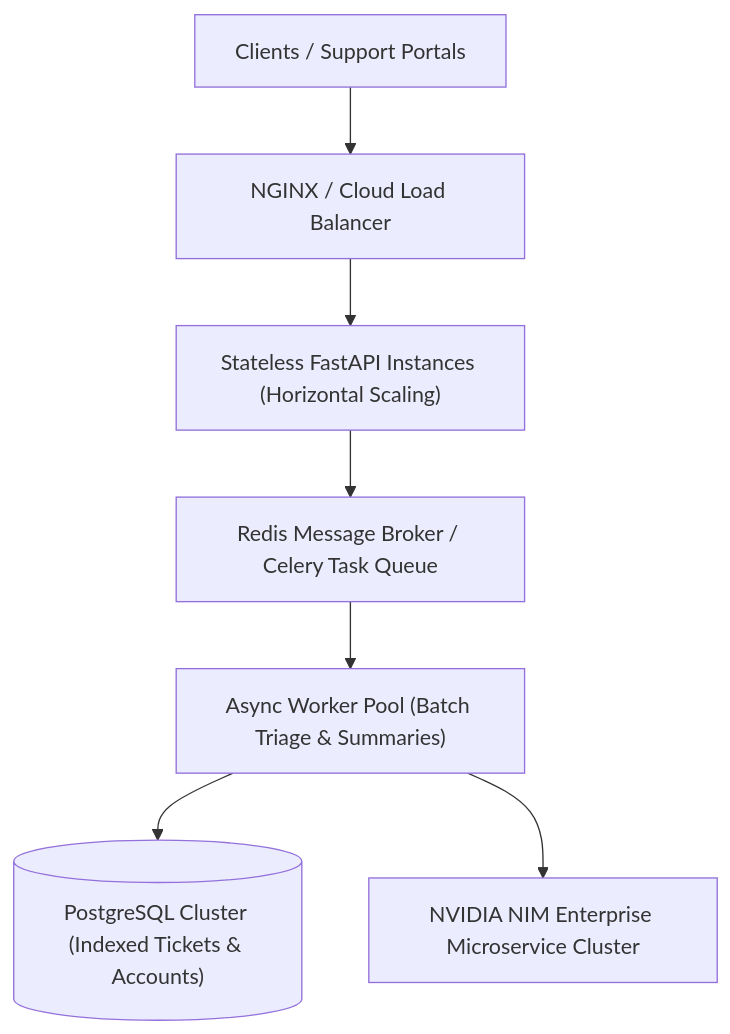
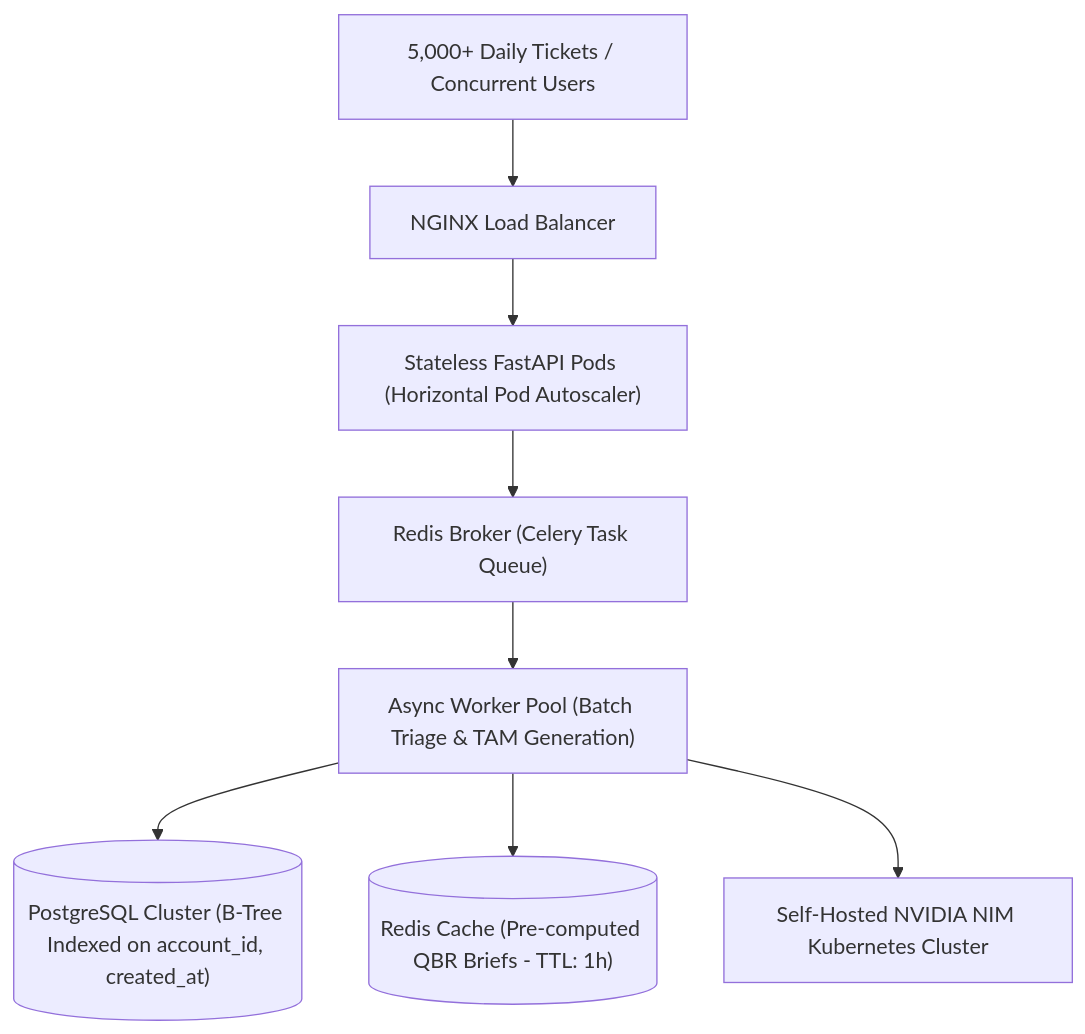
One commit to suyash1574/suyash-zycus-assignment changed the third of 3 diagrams in docs/design_note.md. Above: the diagram before and after it, drawn with Mermaid. The commit also changed other lines of this file and 1 other file, not shown here.

Commit message:
docs: finalize Task 4 Design Note (~650 words) in docs/design_note.md and README.md

````diff
--- a/docs/design_note.md
+++ b/docs/design_note.md
@@ -50,9 +77,10 @@
 ```mermaid
 graph TD
-    Client["Clients / Support Portals"] --> LB["NGINX / Cloud Load Balancer"]
-    LB --> APINodes["Stateless FastAPI Instances (Horizontal Scaling)"]
-    APINodes --> RedisQueue["Redis Message Broker / Celery Task Queue"]
-    RedisQueue --> Workers["Async Worker Pool (Batch Triage & Summaries)"]
-    Workers --> DB[("PostgreSQL Cluster (Indexed Tickets & Accounts)")]
-    Workers --> NIMPool["NVIDIA NIM Enterprise Microservice Cluster"]
+    Client["5,000+ Daily Tickets / Concurrent Users"] --> LB["NGINX Load Balancer"]
+    LB --> Web["Stateless FastAPI Pods (Horizontal Pod Autoscaler)"]
+    Web --> RedisQueue["Redis Broker (Celery Task Queue)"]
+    RedisQueue --> Workers["Async Worker Pool (Batch Triage & TAM Generation)"]
+    Workers --> DB[("PostgreSQL Cluster (B-Tree Indexed on account_id, created_at)")]
+    Workers --> Cache[("Redis Cache (Pre-computed QBR Briefs - TTL: 1h)")]
+    Workers --> NIMPool["Self-Hosted NVIDIA NIM Kubernetes Cluster"]
 ```
````
